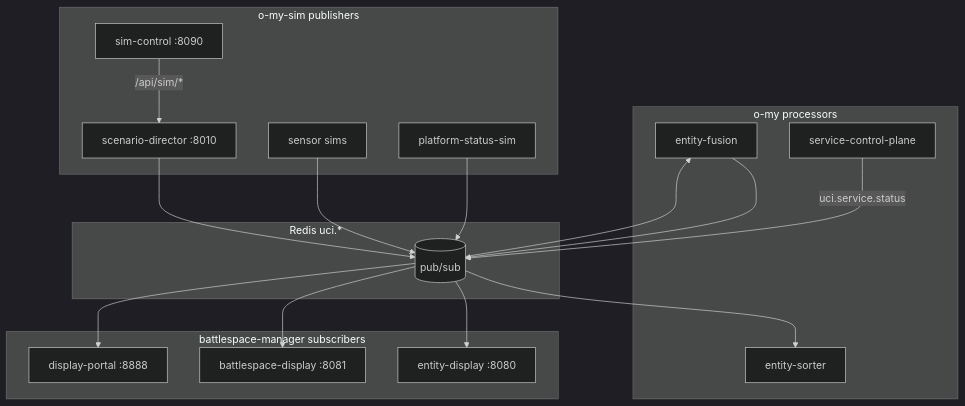
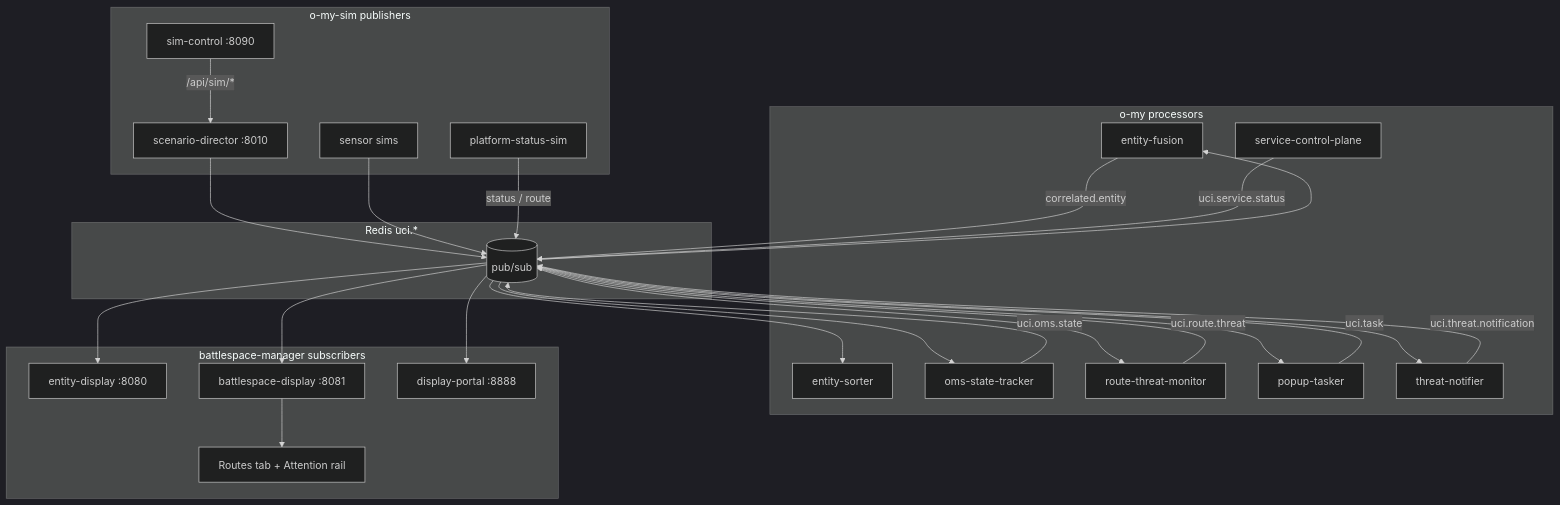
One commit to mowgli42/battlespace-manager changed the first of 2 diagrams in README.md. Above: the diagram before and after it, drawn with Mermaid (dark theme). The commit also changed other lines of this file and 6 other files, not shown here.

First line of the commit message:
Docs: architecture diagrams and route-threat screenshots

````diff
--- a/README.md
+++ b/README.md
@@ -176,33 +193,47 @@
 ```mermaid
 flowchart TB
   subgraph omy [o-my processors]
     FUSE[entity-fusion]
     SORT[entity-sorter]
+    OMS[oms-state-tracker]
+    RTM[route-threat-monitor]
+    POP[popup-tasker]
+    NOTE[threat-notifier]
     CP[service-control-plane]
   end
   subgraph omysim [o-my-sim publishers]
     SD[scenario-director :8010]
     SNS[sensor sims]
     PLAT[platform-status-sim]
     SimCtrl[sim-control :8090]
   end
   subgraph bus [Redis uci.*]
     REDIS[(pub/sub)]
   end
   subgraph bm [battlespace-manager subscribers]
     ED[entity-display :8080]
     BD[battlespace-display :8081]
+    ROUTES[Routes tab + Attention rail]
     PORTAL[display-portal :8888]
   end
   SimCtrl -->|/api/sim/*| SD
   SD --> REDIS
   SNS --> REDIS
-  PLAT --> REDIS
+  PLAT -->|status / route| REDIS
   REDIS --> FUSE
-  FUSE --> REDIS
+  FUSE -->|correlated.entity| REDIS
   REDIS --> SORT
+  REDIS --> OMS
+  OMS -->|uci.oms.state| REDIS
+  REDIS --> RTM
+  RTM -->|uci.route.threat| REDIS
+  REDIS --> POP
+  POP -->|uci.task| REDIS
+  REDIS --> NOTE
+  NOTE -->|uci.threat.notification| REDIS
   CP -->|uci.service.status| REDIS
   REDIS --> ED
   REDIS --> BD
+  BD --> ROUTES
   REDIS --> PORTAL
 ```
````
